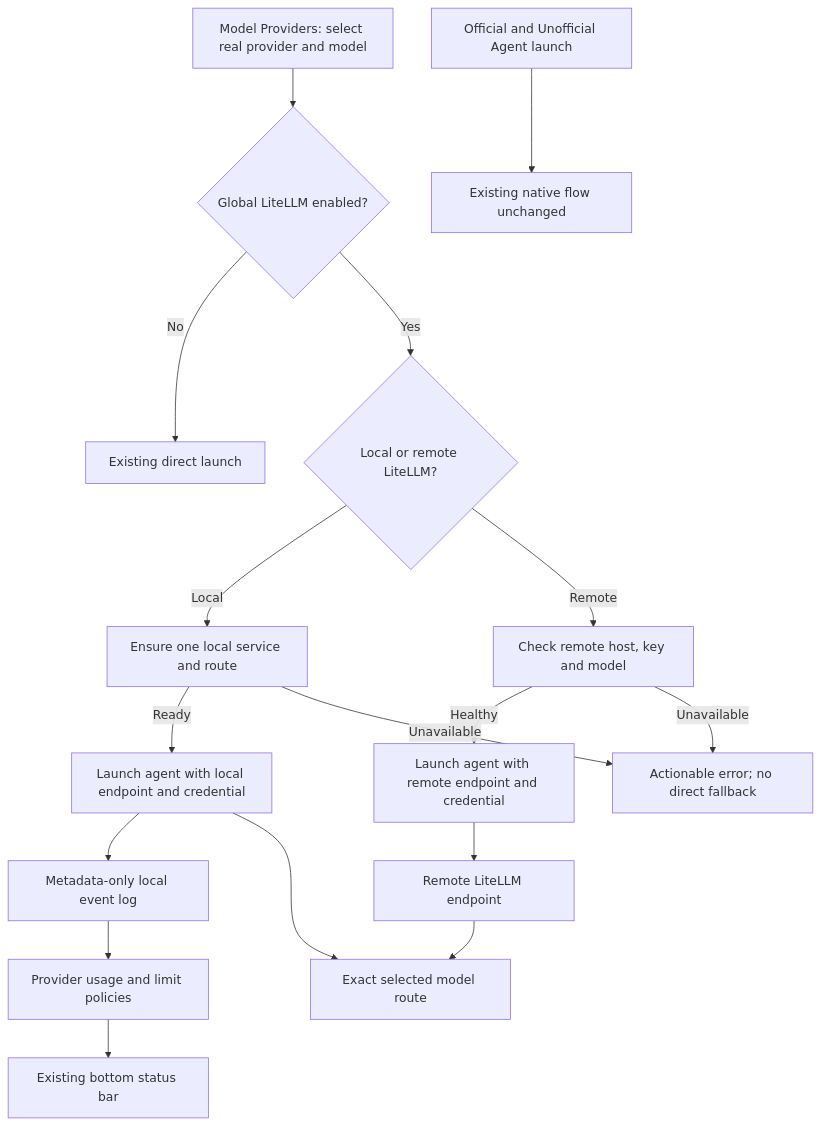
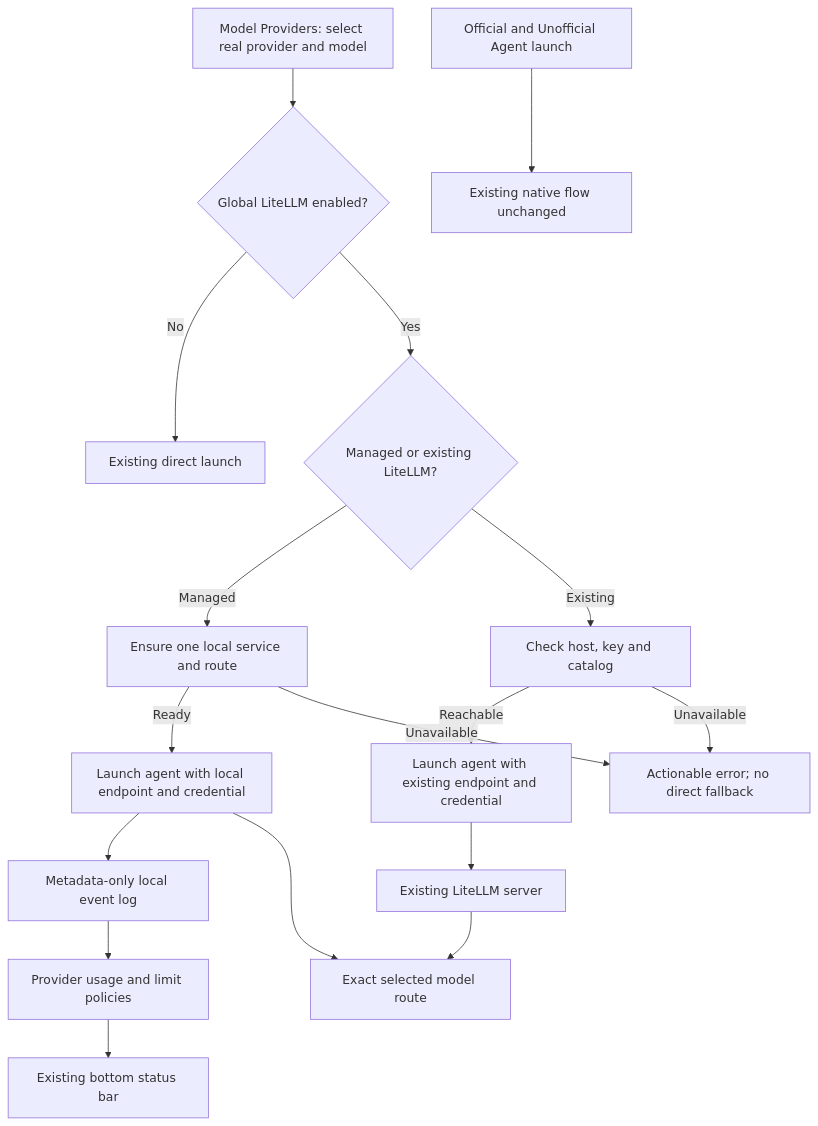
One commit to TonyPythoneer/herdr-my-orca changed the diagram in docs/designs/litellm-local-provider-observability.md. Above: the diagram before and after it, drawn with Mermaid. The commit also changed other lines of this file and 5 other files, not shown here.

First line of the commit message:
fix: separate LiteLLM liveness from launch readiness

````diff
--- a/docs/designs/litellm-local-provider-observability.md
+++ b/docs/designs/litellm-local-provider-observability.md
@@ -26,19 +26,19 @@
 ```mermaid
 flowchart TD
   A[Model Providers: select real provider and model] --> B{Global LiteLLM enabled?}
   B -->|No| C[Existing direct launch]
-  B -->|Yes| D{Local or remote LiteLLM?}
-  D -->|Local| E[Ensure one local service and route]
-  D -->|Remote| R[Check remote host, key and model]
+  B -->|Yes| D{Managed or existing LiteLLM?}
+  D -->|Managed| E[Ensure one local service and route]
+  D -->|Existing| R[Check host, key and catalog]
   E -->|Ready| G[Launch agent with local endpoint and credential]
-  R -->|Healthy| H[Launch agent with remote endpoint and credential]
+  R -->|Reachable| H[Launch agent with existing endpoint and credential]
   E -->|Unavailable| F[Actionable error; no direct fallback]
   R -->|Unavailable| F
-  H --> V[Remote LiteLLM endpoint]
+  H --> V[Existing LiteLLM server]
   G --> I[Metadata-only local event log]
   G --> J[Exact selected model route]
   V --> J
   I --> U[Provider usage and limit policies]
   U --> K[Existing bottom status bar]
   L[Official and Unofficial Agent launch] --> M[Existing native flow unchanged]
 ```
````
